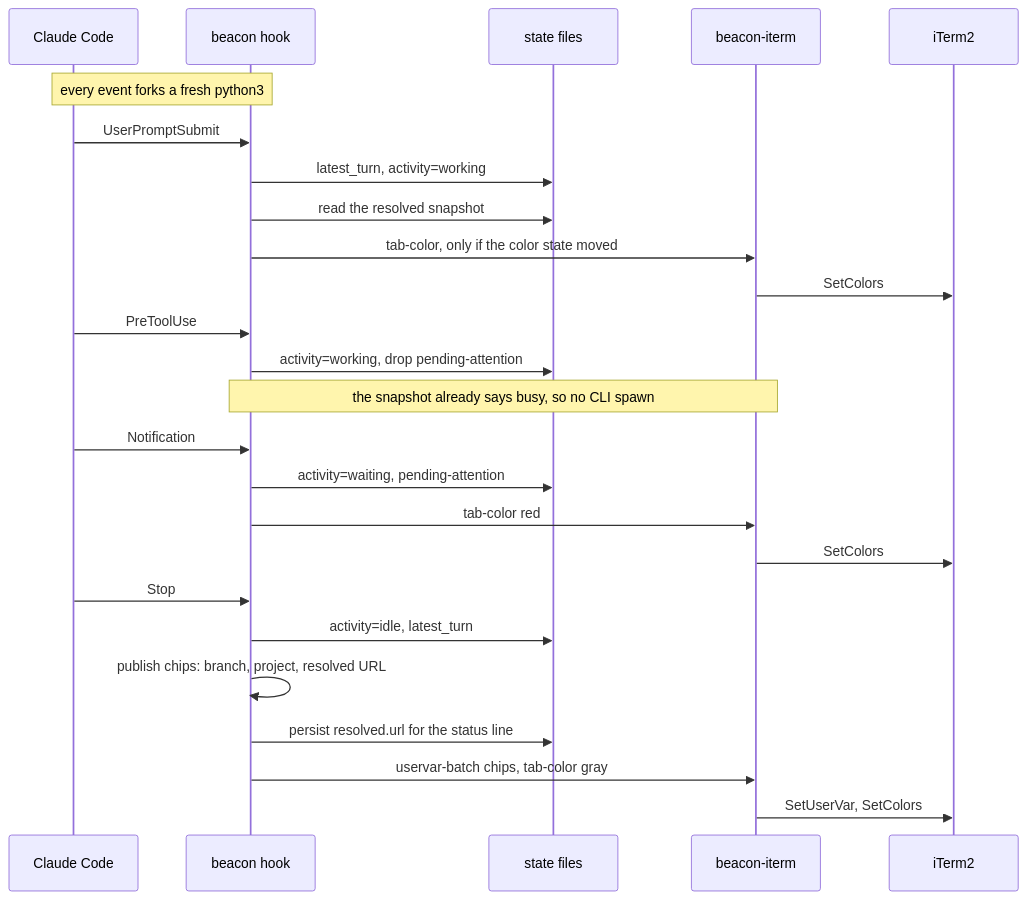
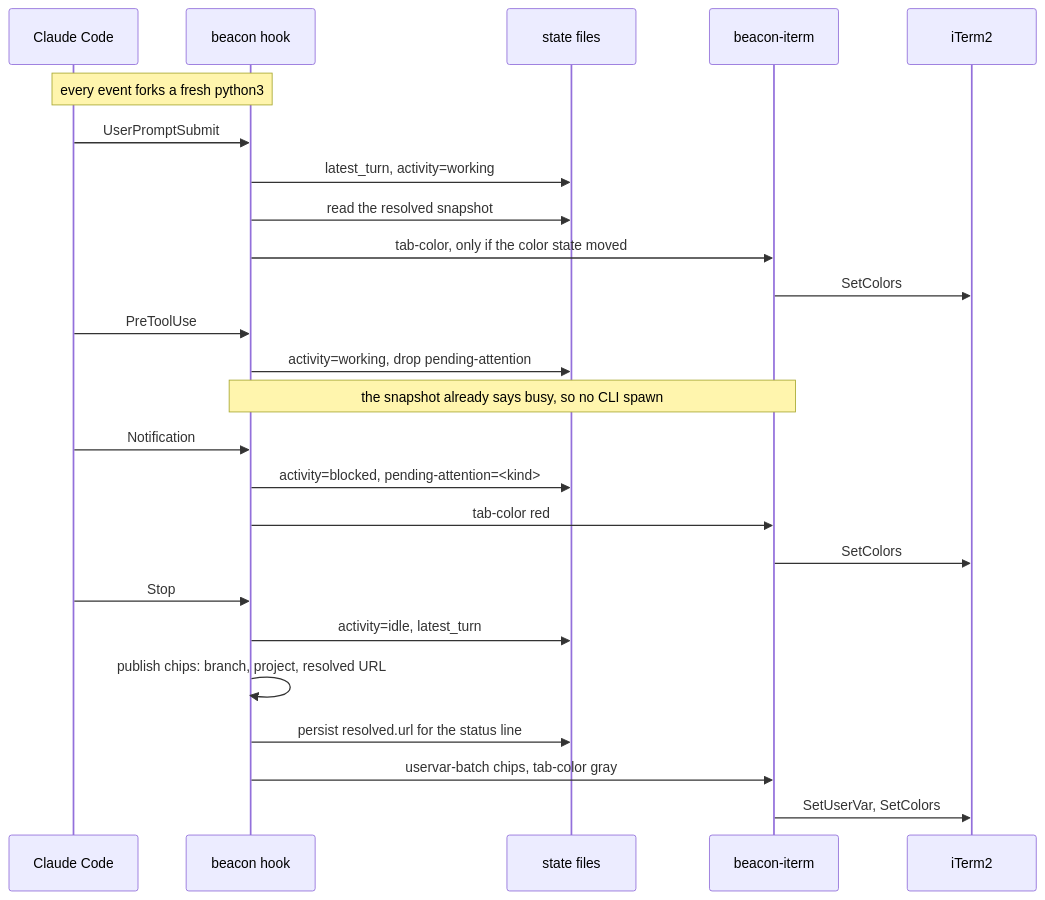
One commit to chris-peterson/beacon changed the second of 3 diagrams in README.md. Above: the diagram before and after it, drawn with Mermaid. The commit also changed 39 other files, not shown here.

````diff
--- a/README.md
+++ b/README.md
@@ -113,31 +113,31 @@
 ```mermaid
 sequenceDiagram
     participant CC as Claude Code
     participant H as beacon hook
     participant S as state files
     participant I as beacon-iterm
     participant T as iTerm2
 
     Note over CC,H: every event forks a fresh python3
     CC->>H: UserPromptSubmit
     H->>S: latest_turn, activity=working
     H->>S: read the resolved snapshot
     H->>I: tab-color, only if the color state moved
     I->>T: SetColors
 
     CC->>H: PreToolUse
     H->>S: activity=working, drop pending-attention
     Note over H,I: the snapshot already says busy, so no CLI spawn
 
     CC->>H: Notification
-    H->>S: activity=waiting, pending-attention
+    H->>S: activity=blocked, pending-attention=<kind>
     H->>I: tab-color red
     I->>T: SetColors
 
     CC->>H: Stop
     H->>S: activity=idle, latest_turn
     H->>H: publish chips: branch, project, resolved URL
     H->>S: persist resolved.url for the status line
     H->>I: uservar-batch chips, tab-color gray
     I->>T: SetUserVar, SetColors
 ```
````
